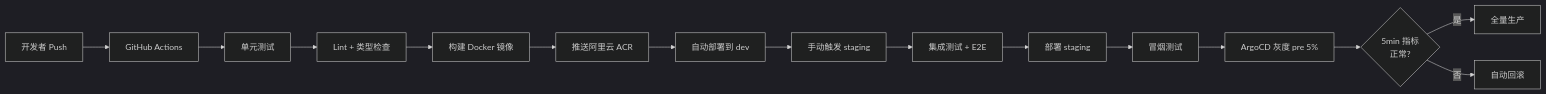
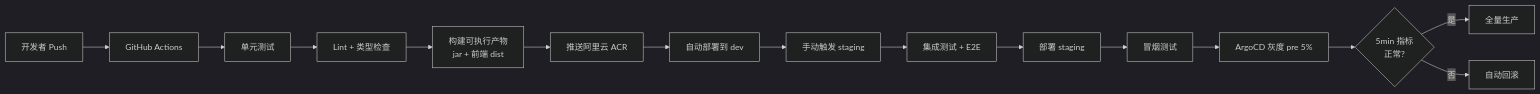
Diagram 14 of 14 in architecture.md (CLOVER-FOUR-LEAF/CareerPilot), drawn with Mermaid (dark theme) before and after one commit. The commit also changed other lines of this file and 45 other files, not shown here.

````diff
--- a/architecture.md
+++ b/architecture.md
@@ -1644,17 +1626,17 @@
 ```mermaid
 graph LR
     DEV[开发者 Push] --> CI[GitHub Actions]
     CI --> UNIT[单元测试]
     UNIT --> LINT[Lint + 类型检查]
-    LINT --> BUILD[构建 Docker 镜像]
+    LINT --> BUILD[构建可执行产物<br/>jar + 前端 dist]
     BUILD --> IMAGE[推送阿里云 ACR]
     IMAGE --> DEV_DEPLOY[自动部署到 dev]
     DEV_DEPLOY --> MANUAL[手动触发 staging]
     MANUAL --> INTEGRATION[集成测试 + E2E]
     INTEGRATION --> STAGING_DEPLOY[部署 staging]
     STAGING_DEPLOY --> SMOKE[冒烟测试]
     SMOKE --> PRE_DEPLOY[ArgoCD 灰度 pre 5%]
     PRE_DEPLOY --> CANARY{5min 指标<br/>正常?}
     CANARY -->|是| PROD_DEPLOY[全量生产]
     CANARY -->|否| ROLLBACK[自动回滚]
 ```
````
